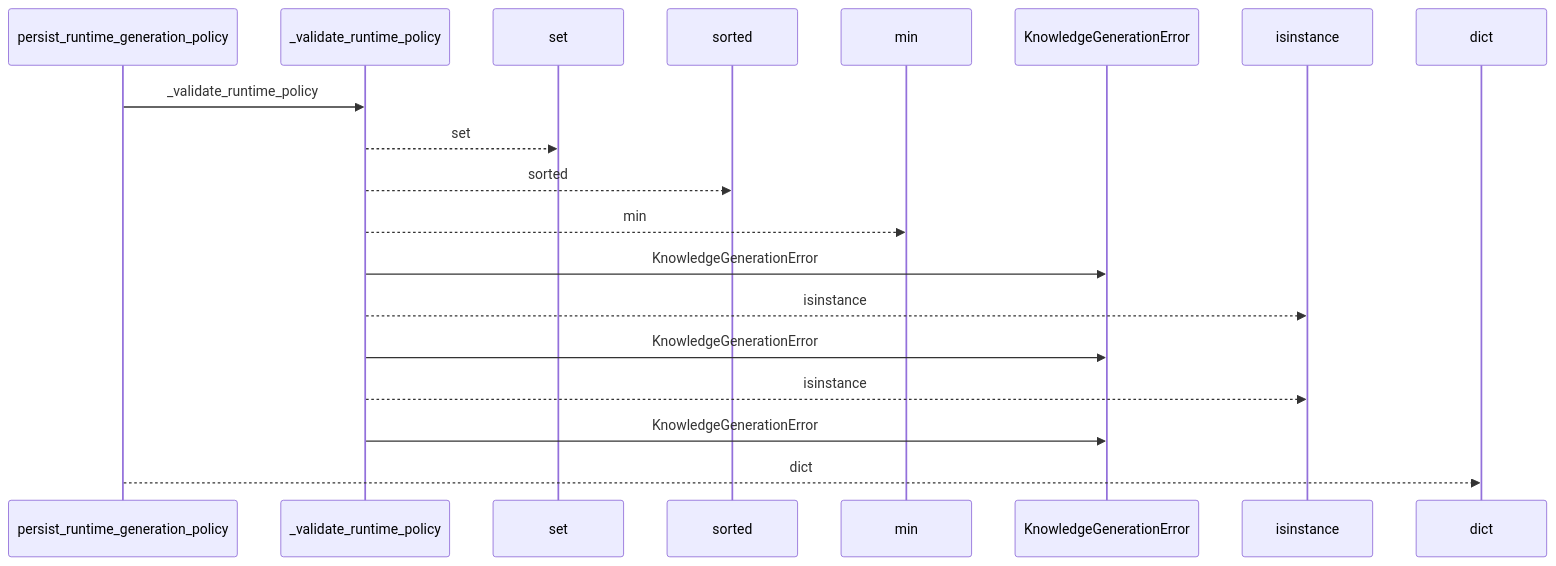
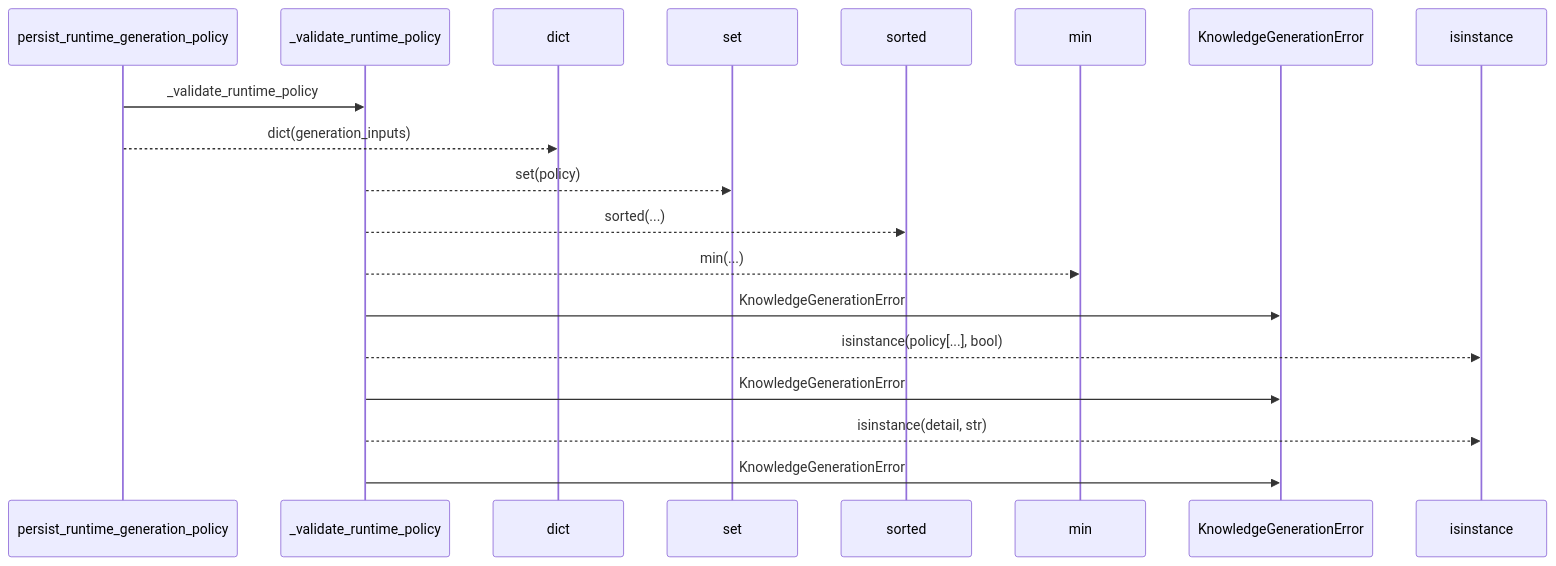
The first of 2 diagrams in docs/llm_wiki/flows/api-persist_runtime_generation_policy.md (Denissvgn/python-wiki-llm), drawn with Mermaid before and after one commit. The commit also changed other lines of this file and 1410 other files, not shown here.

````diff
--- a/docs/llm_wiki/flows/api-persist_runtime_generation_policy.md
+++ b/docs/llm_wiki/flows/api-persist_runtime_generation_policy.md
@@ -10,21 +12,21 @@
 ```mermaid
 sequenceDiagram
     participant p0 as persist_runtime_generation_policy
     participant p1 as _validate_runtime_policy
-    participant p2 as set
-    participant p3 as sorted
-    participant p4 as min
-    participant p5 as KnowledgeGenerationError
-    participant p6 as isinstance
-    participant p7 as dict
+    participant p2 as dict
+    participant p3 as set
+    participant p4 as sorted
+    participant p5 as min
+    participant p6 as KnowledgeGenerationError
+    participant p7 as isinstance
     p0->>p1: _validate_runtime_policy
-    p1-->>p2: set
-    p1-->>p3: sorted
-    p1-->>p4: min
-    p1->>p5: KnowledgeGenerationError
-    p1-->>p6: isinstance
-    p1->>p5: KnowledgeGenerationError
-    p1-->>p6: isinstance
-    p1->>p5: KnowledgeGenerationError
-    p0-->>p7: dict
+    p0-->>p2: dict(generation_inputs)
+    p1-->>p3: set(policy)
+    p1-->>p4: sorted(...)
+    p1-->>p5: min(...)
+    p1->>p6: KnowledgeGenerationError
+    p1-->>p7: isinstance(policy[...], bool)
+    p1->>p6: KnowledgeGenerationError
+    p1-->>p7: isinstance(detail, str)
+    p1->>p6: KnowledgeGenerationError
 ```
````
